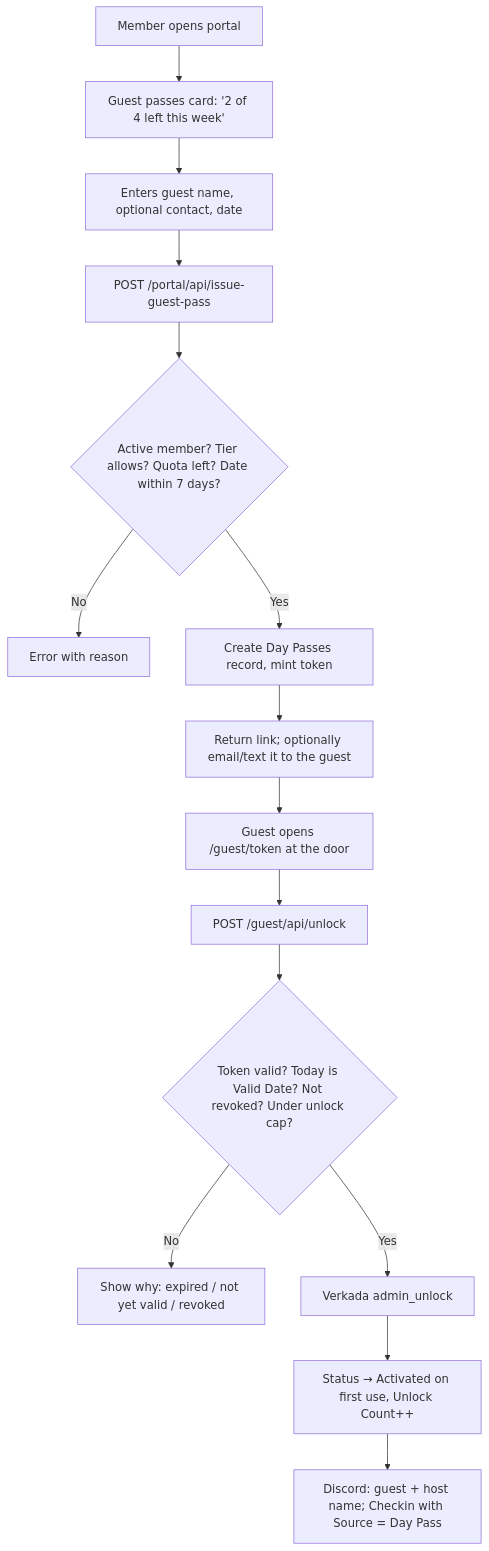
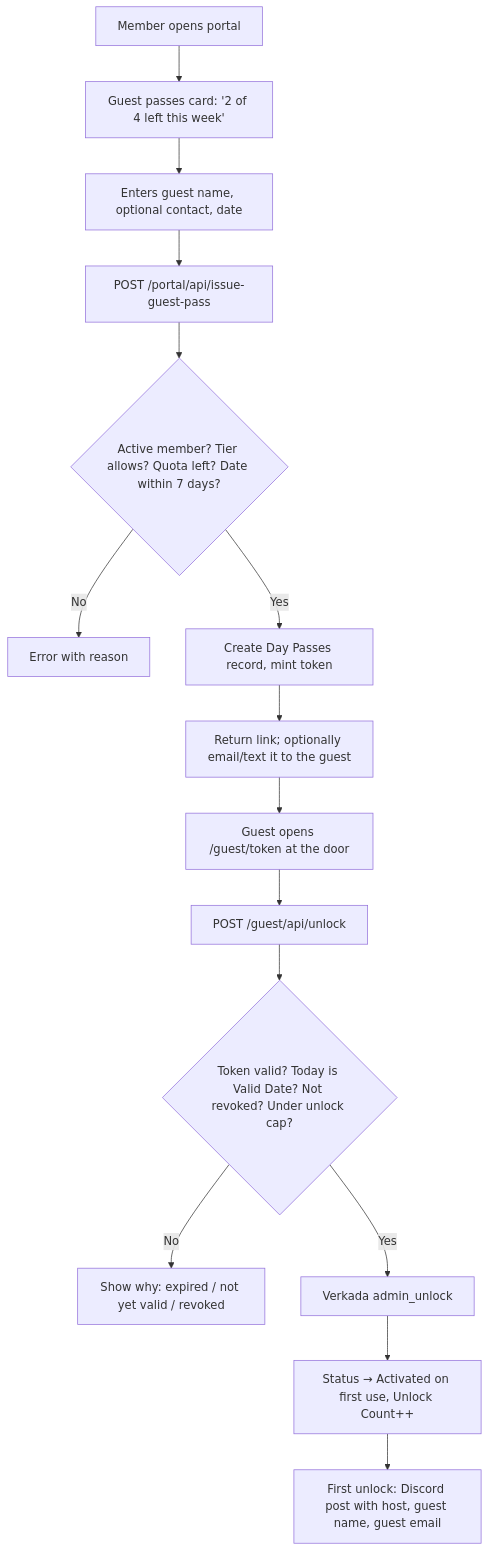
Before and after one commit to manifund/mox-sf: the diagram in docs/workflows/member-guest-passes.md, drawn with Mermaid. The commit also changed other lines of this file and 4 other files, not shown here.

First line of the commit message:
Guest passes: one Discord post per pass with host, guest and email; 100 unlocks (#127)

````diff
--- a/docs/workflows/member-guest-passes.md
+++ b/docs/workflows/member-guest-passes.md
@@ -122,17 +122,17 @@
 ```mermaid
 flowchart TD
     A[Member opens portal] --> B["Guest passes card: '2 of 4 left this week'"]
     B --> C[Enters guest name, optional contact, date]
     C --> D[POST /portal/api/issue-guest-pass]
     D --> E{Active member? Tier allows? Quota left? Date within 7 days?}
     E -->|No| F[Error with reason]
     E -->|Yes| G[Create Day Passes record, mint token]
     G --> H[Return link; optionally email/text it to the guest]
     H --> I[Guest opens /guest/token at the door]
     I --> J[POST /guest/api/unlock]
     J --> K{Token valid? Today is Valid Date? Not revoked? Under unlock cap?}
     K -->|No| L[Show why: expired / not yet valid / revoked]
     K -->|Yes| M[Verkada admin_unlock]
     M --> N[Status → Activated on first use, Unlock Count++]
-    N --> O[Discord: guest + host name; Checkin with Source = Day Pass]
+    N --> O[First unlock: Discord post with host, guest name, guest email]
 ```
````
